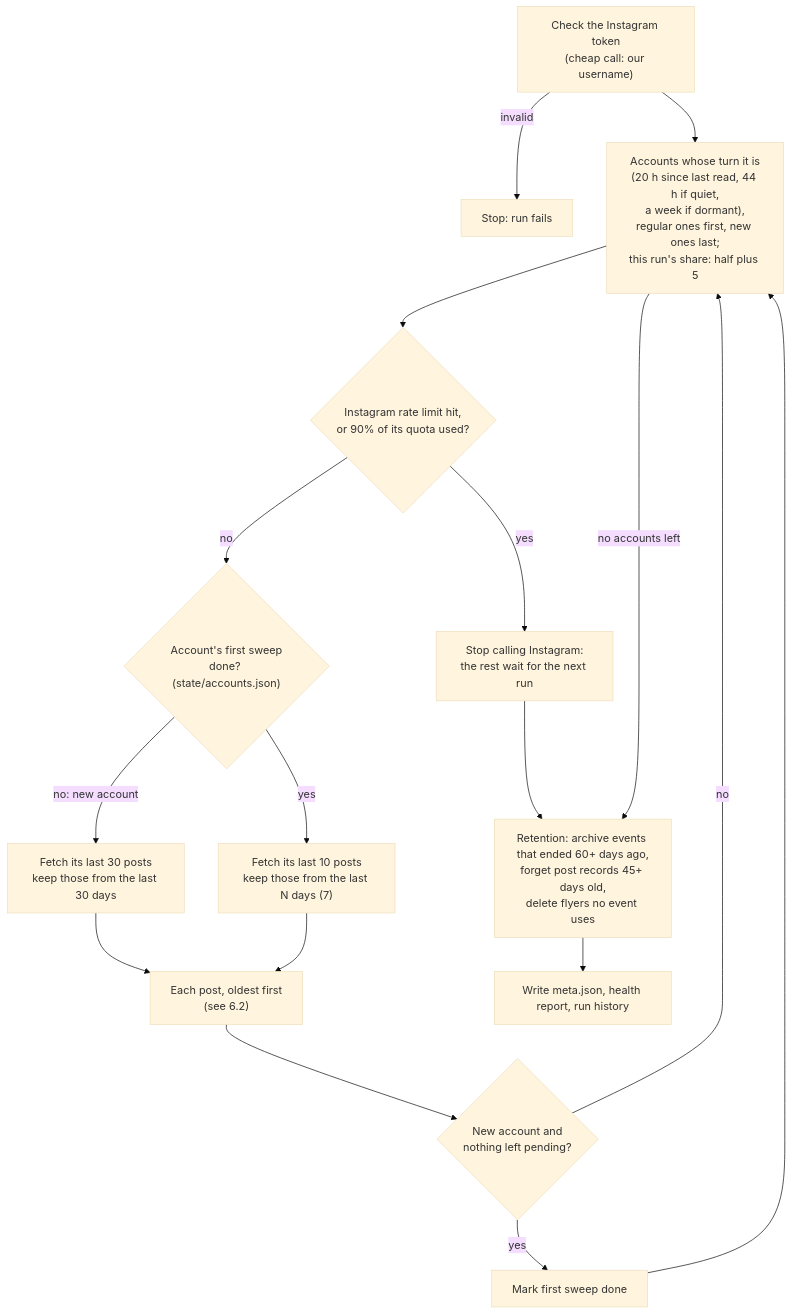
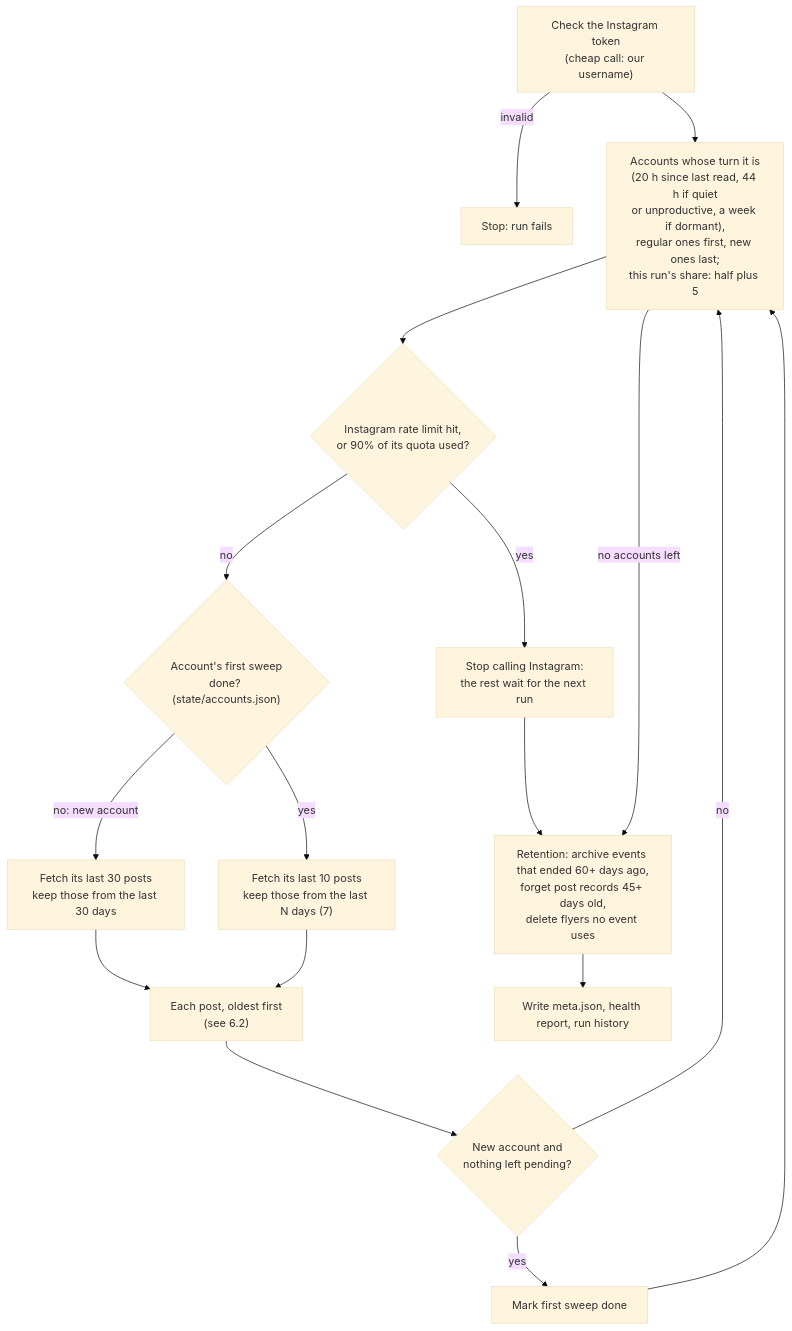
One commit to pa-bailar/backend changed the third of 12 diagrams in docs/ARCHITECTURE.md. Above: the diagram before and after it, drawn with Mermaid (base theme). The commit also changed other lines of this file, not shown here.

Commit message:
docs: the sweep's tiers, and Instagram's limit as measured: per app, hourly, ~1.3% a read

````diff
--- a/docs/ARCHITECTURE.md
+++ b/docs/ARCHITECTURE.md
@@ -440,19 +443,19 @@
 ```mermaid
 flowchart TD
     A["Check the Instagram token<br/>(cheap call: our username)"] -->|invalid| X["Stop: run fails"]
-    A --> B["Accounts whose turn it is<br/>(20 h since last read, 44 h if quiet,<br/>a week if dormant),<br/>regular ones first, new ones last;<br/>this run's share: half plus 5"]
+    A --> B["Accounts whose turn it is<br/>(20 h since last read, 44 h if quiet<br/>or unproductive, a week if dormant),<br/>regular ones first, new ones last;<br/>this run's share: half plus 5"]
     B --> C{"Instagram rate limit hit,<br/>or 90% of its quota used?"}
     C -->|yes| R["Stop calling Instagram:<br/>the rest wait for the next run"]
     C -->|no| D{"Account's first sweep<br/>done? (state/accounts.json)"}
     D -->|no: new account| E["Fetch its last 30 posts<br/>keep those from the last 30 days"]
     D -->|yes| F["Fetch its last 10 posts<br/>keep those from the last N days (7)"]
     E --> P["Each post, oldest first<br/>(see 6.2)"]
     F --> P
     P --> G{"New account and<br/>nothing left pending?"}
     G -->|yes| H["Mark first sweep done"]
     G -->|no| B
     H --> B
     R --> Z
     B -->|no accounts left| Z["Retention: archive events that ended 60+ days ago,<br/>forget post records 45+ days old,<br/>delete flyers no event uses"]
     Z --> M["Write meta.json, health report, run history"]
 ```
````
